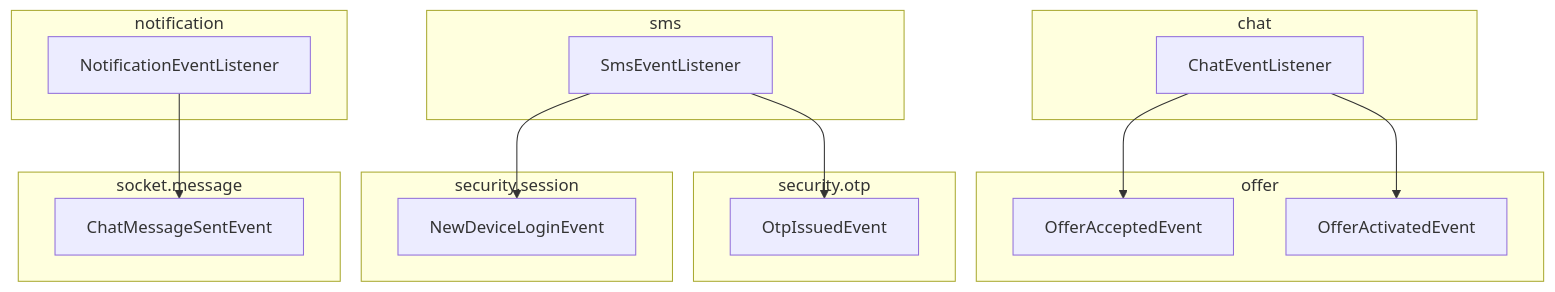
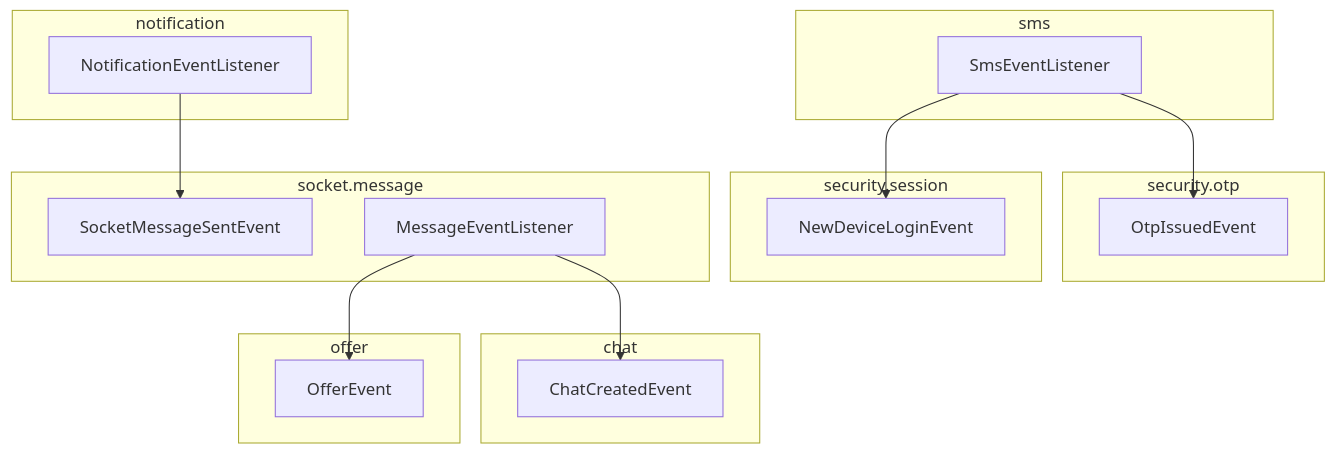
The third of 3 diagrams in apps/api/docs/project-structure.md (mortonCareer/bconnect), drawn with Mermaid before and after one commit. The commit also changed other lines of this file and 2 other files, not shown here.

Commit message:
docs(api): 메시지 모듈 재구성 반영

````diff
--- a/apps/api/docs/project-structure.md
+++ b/apps/api/docs/project-structure.md
@@ -90,30 +90,30 @@
 ```mermaid
 graph TD
   subgraph chat
-    ChatL[ChatEventListener]
+    ChatCreatedE[ChatCreatedEvent]
   end
   subgraph offer
-    OfferAE[OfferAcceptedEvent]
-    OfferVE[OfferActivatedEvent]
+    OfferE[OfferEvent]
   end
   subgraph sms
     SmsL[SmsEventListener]
   end
   subgraph security.otp
     OtpE[OtpIssuedEvent]
   end
   subgraph security.session
     LoginE[NewDeviceLoginEvent]
   end
   subgraph socket.message
-    ChatMsgE[ChatMessageSentEvent]
+    ChatMsgE[SocketMessageSentEvent]
+    MsgL[MessageEventListener]
   end
   subgraph notification
     NotiL[NotificationEventListener]
   end
-  ChatL --> OfferAE
-  ChatL --> OfferVE
+  MsgL --> OfferE
+  MsgL --> ChatCreatedE
   SmsL --> OtpE
   SmsL --> LoginE
   NotiL --> ChatMsgE
 ```
````
